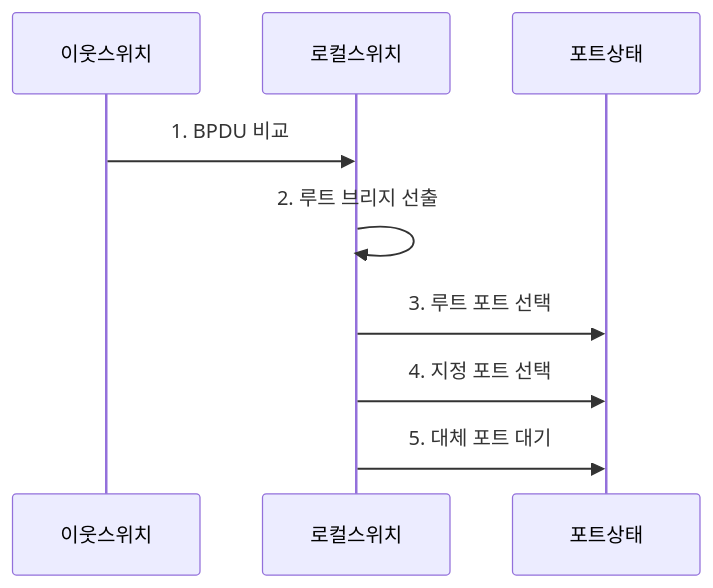
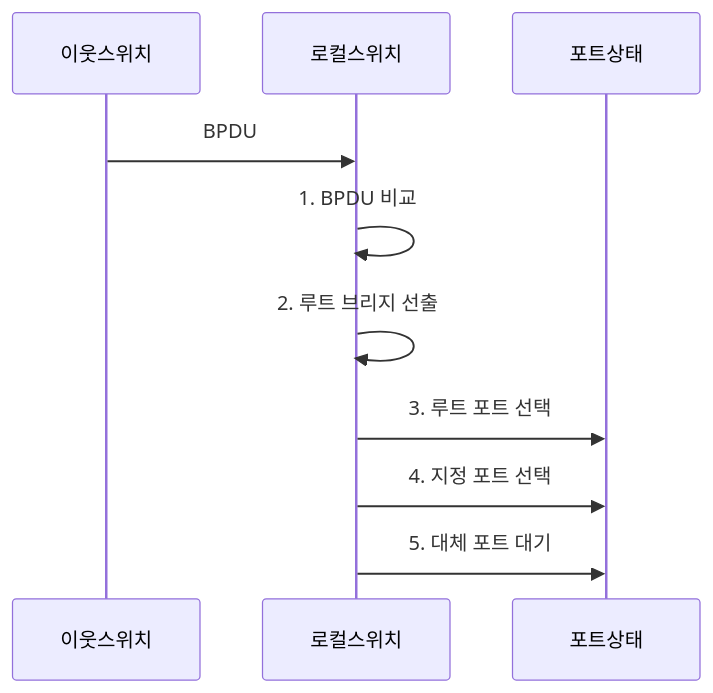
The second of 2 diagrams in src/content/docs/notes/04-network/017_stp_rstp_loop_prevention.md (agnusdei1207/knowledge-base), drawn with Mermaid before and after one commit. The commit also changed other lines of this file and 2 other files, not shown here.

Commit message:
04-network 001-020

````diff
--- a/src/content/docs/notes/04-network/017_stp_rstp_loop_prevention.md
+++ b/src/content/docs/notes/04-network/017_stp_rstp_loop_prevention.md
@@ -98,11 +98,12 @@
 ```mermaid
 sequenceDiagram
     participant 이웃스위치
     participant 로컬스위치
     participant 포트상태
-    이웃스위치->>로컬스위치: 1. BPDU 비교
+    이웃스위치->>로컬스위치: BPDU
+    로컬스위치->>로컬스위치: 1. BPDU 비교
     로컬스위치->>로컬스위치: 2. 루트 브리지 선출
     로컬스위치->>포트상태: 3. 루트 포트 선택
     로컬스위치->>포트상태: 4. 지정 포트 선택
     로컬스위치->>포트상태: 5. 대체 포트 대기
 ```
````
